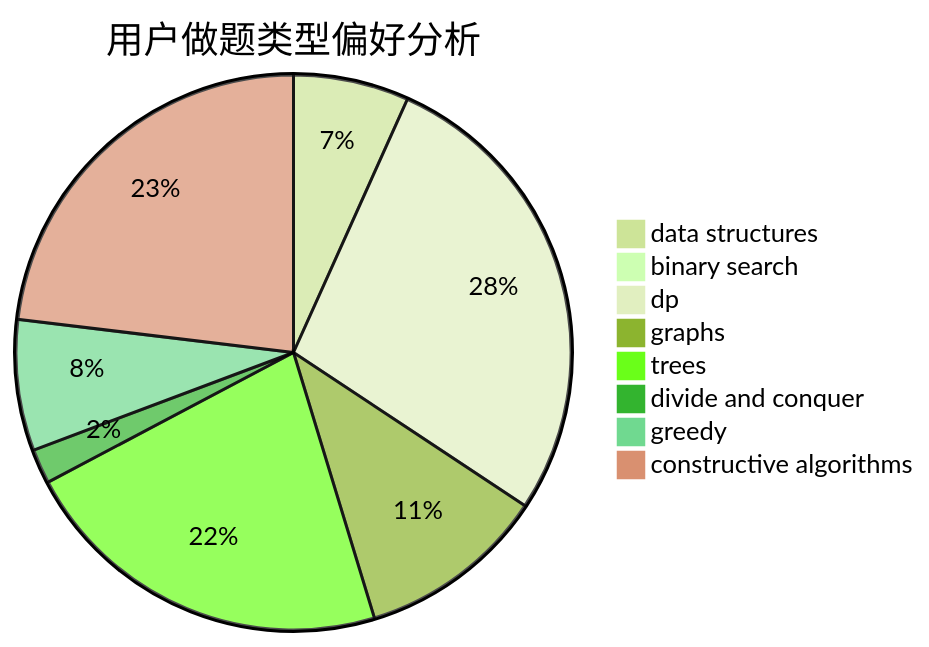
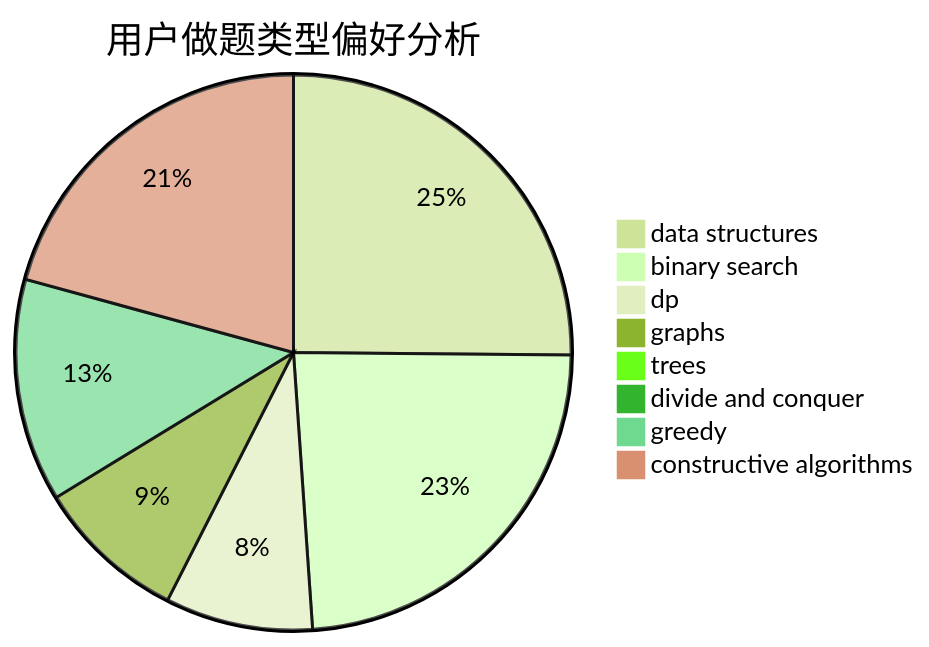
One commit to sherpahu/cfrs.github.io changed the second of 3 diagrams in docs/user/u1312.md. Above: the diagram before and after it, drawn with Mermaid (forest theme). The commit also changed other lines of this file and 2770 other files, not shown here.

````diff
--- a/docs/user/u1312.md
+++ b/docs/user/u1312.md
@@ -23,11 +23,11 @@
 ```mermaid
 pie title 用户做题类型偏好分析
-    "data structures" :  30
-    "binary search" :  0
-    "dp" :  123
-    "graphs" :  49
-    "trees" :  98
-    "divide and conquer" :  9
-    "greedy" :  34
-    "constructive algorithms" :  103
+    "data structures" :  126
+    "binary search" :  119
+    "dp" :  43
+    "graphs" :  44
+    "trees" :  5
+    "divide and conquer" :  1
+    "greedy" :  65
+    "constructive algorithms" :  104
 ```
````
